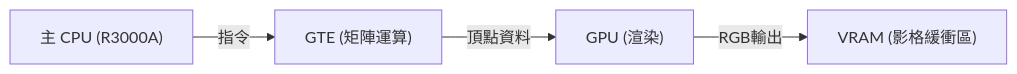
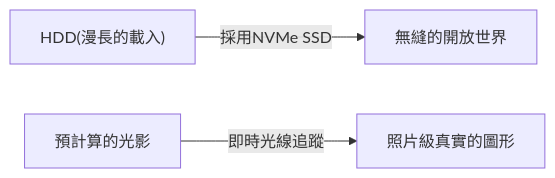
One commit to kenjinote/blog changed the second of 2 diagrams in content/post/history-of-video-game-consoles/index.zh-tw.md. Above: the diagram before and after it, drawn with Mermaid. The commit also changed other lines of this file and 129 other files, not shown here.

````diff
--- a/content/post/history-of-video-game-consoles/index.zh-tw.md
+++ b/content/post/history-of-video-game-consoles/index.zh-tw.md
@@ -79,6 +61,5 @@
 ```mermaid
 graph LR
-    CPU["主 CPU (R3000A)"] -- "指令" --> GTE["GTE (矩陣運算)"]
-    GTE -- "頂點資料" --> GPU["GPU (渲染)"]
-    GPU -- "RGB輸出" --> VRAM["VRAM (影格緩衝區)"]
+  A["HDD(漫長的載入)"] -- "採用NVMe SSD" --> B["無縫的開放世界"]
+  C["預計算的光影"] -- "即時光線追蹤" --> D["照片級真實的圖形"]
 ```
````
